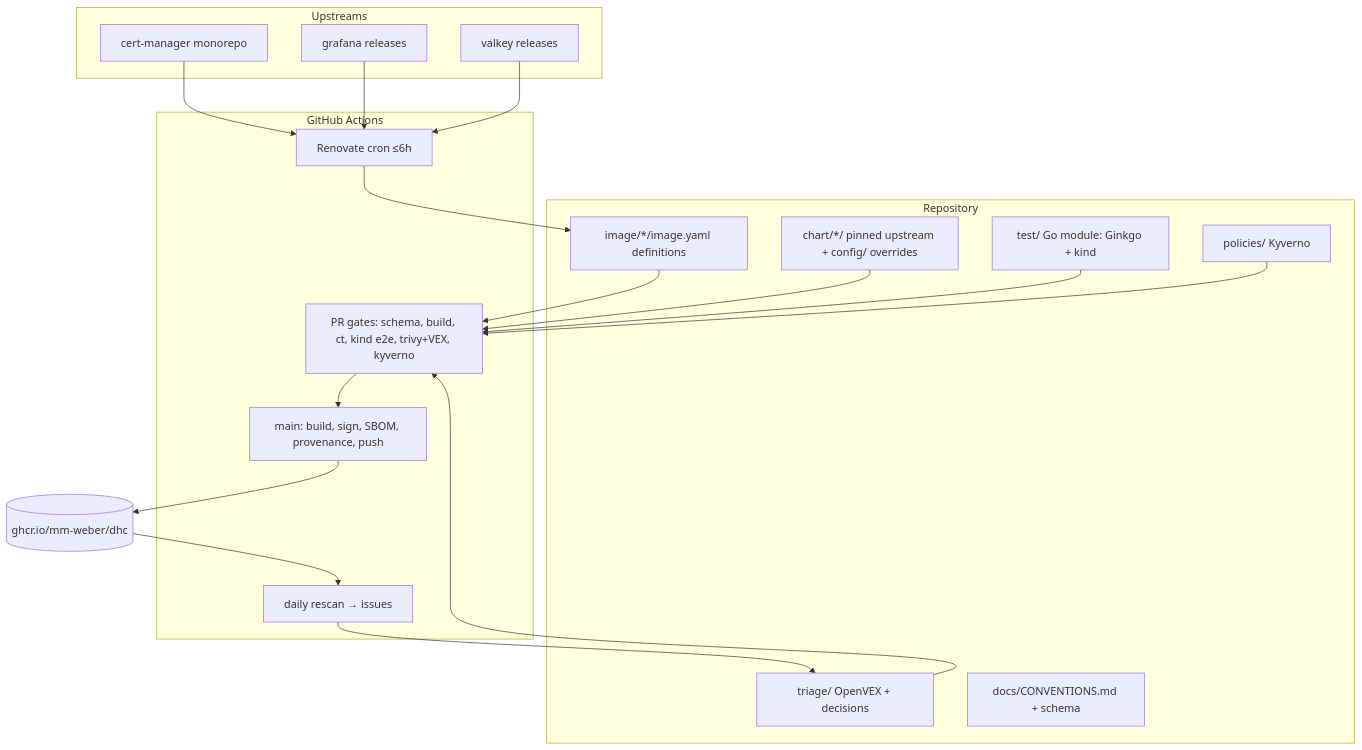
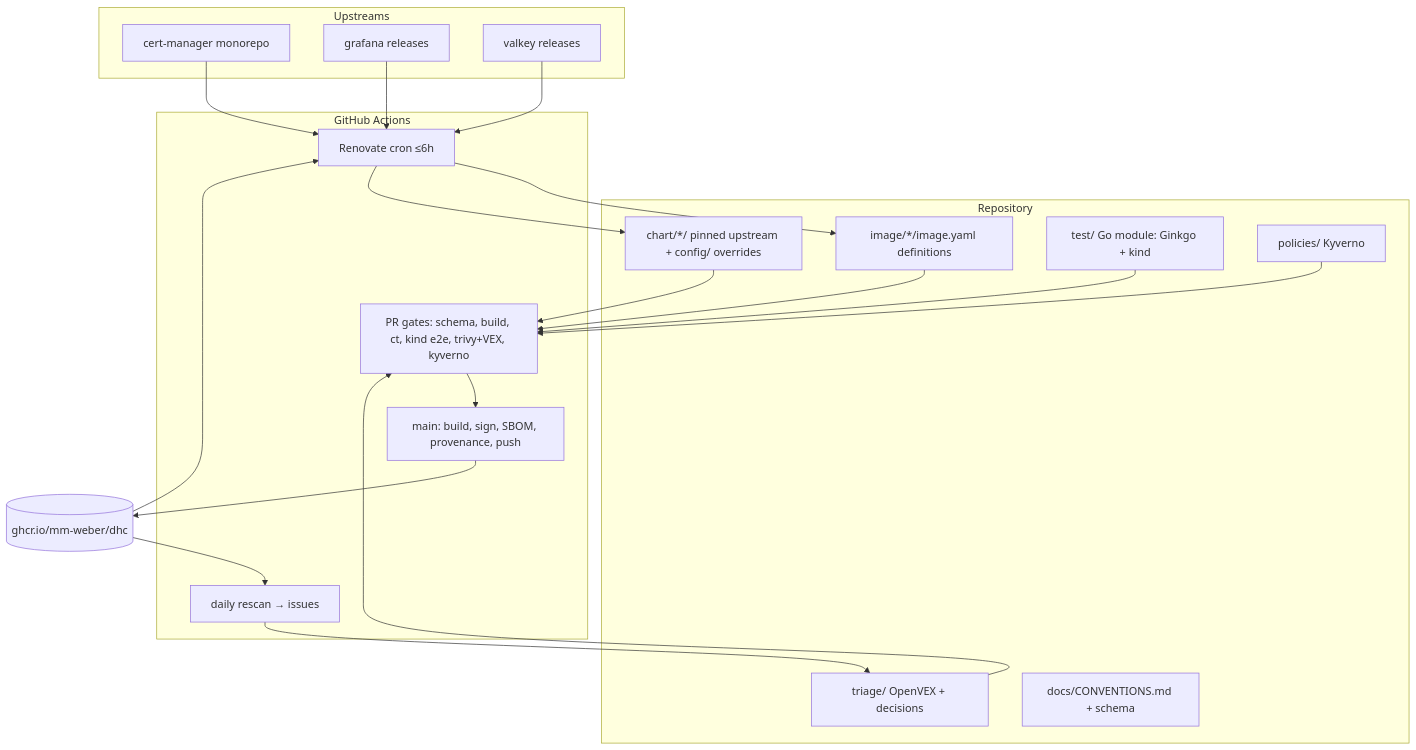
Before and after one commit to mm-weber/dhc-pipeline: the first of 2 diagrams in .specs/dhc-catalogue-mvp/design.md, drawn with Mermaid. The commit also changed other lines of this file, not shown here.

````diff
--- a/.specs/dhc-catalogue-mvp/design.md
+++ b/.specs/dhc-catalogue-mvp/design.md
@@ -37,34 +37,35 @@
 ```mermaid
 graph TB
     subgraph Upstreams
         UP1[cert-manager monorepo]
         UP2[grafana releases]
         UP3[valkey releases]
     end
 
     subgraph Repository
         DEF[image/*/image.yaml definitions]
         CHT[chart/*/ pinned upstream + config/ overrides]
         TST[test/ Go module: Ginkgo + kind]
         TRI[triage/ OpenVEX + decisions]
         POL[policies/ Kyverno]
         CON[docs/CONVENTIONS.md + schema]
     end
 
     subgraph Automation["GitHub Actions"]
         REN[Renovate cron ≤6h]
         CI[PR gates: schema, build, ct, kind e2e, trivy+VEX, kyverno]
         REL[main: build, sign, SBOM, provenance, push]
         SCAN[daily rescan → issues]
     end
 
     GHCR[(ghcr.io/mm-weber/dhc)]
 
     UP1 & UP2 & UP3 --> REN --> DEF
+    GHCR --> REN --> CHT
     DEF --> CI --> REL --> GHCR
     CHT --> CI
     TST --> CI
     POL --> CI
     GHCR --> SCAN --> TRI
     TRI --> CI
 ```
````
